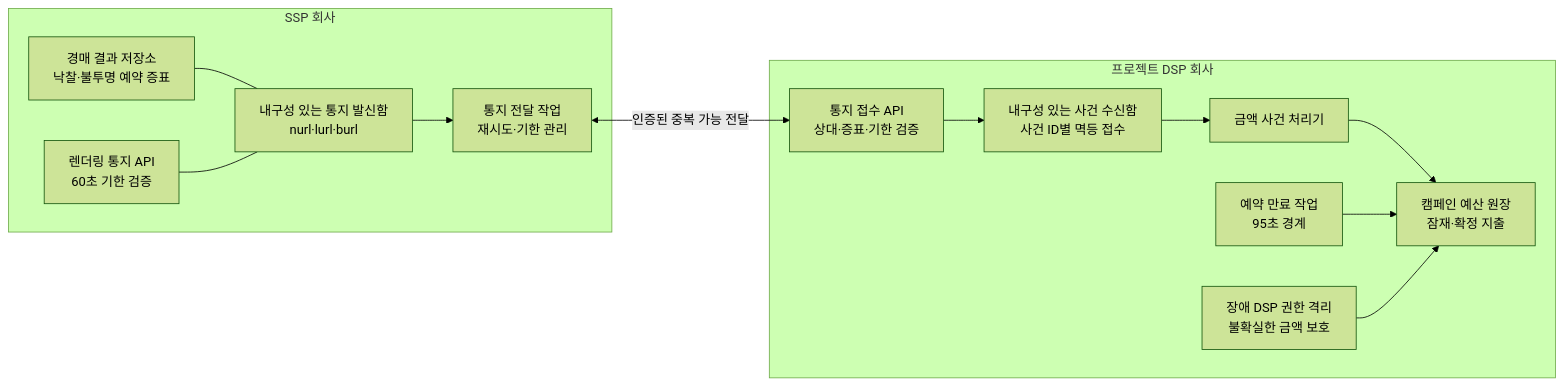
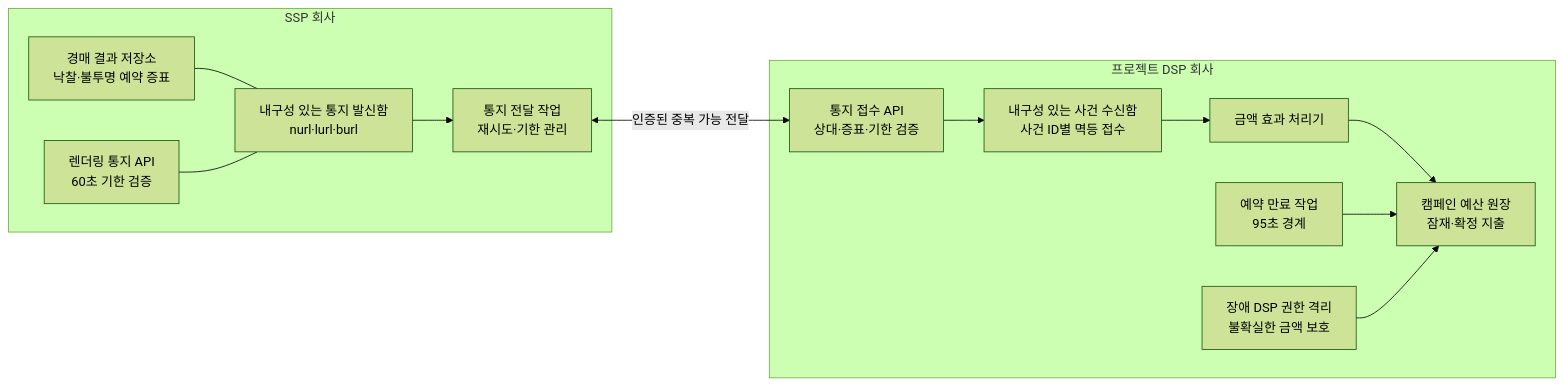
Before and after one commit to bbororo5/low-latency-openrtb-auction: the diagram in docs/architecture/decisions/ADR-005-durable-budget-events.md, drawn with Mermaid (forest theme). The commit also changed other lines of this file and 4 other files, not shown here.

````diff
--- a/docs/architecture/decisions/ADR-005-durable-budget-events.md
+++ b/docs/architecture/decisions/ADR-005-durable-budget-events.md
@@ -20,28 +22,28 @@
 ```mermaid
 flowchart LR
     subgraph SSP["SSP 회사"]
         AUCTION["경매 결과 저장소<br/>낙찰·불투명 예약 증표"]
         RENDER["렌더링 통지 API<br/>60초 기한 검증"]
         OUTBOX["내구성 있는 통지 발신함<br/>nurl·lurl·burl"]
         SENDER["통지 전달 작업<br/>재시도·기한 관리"]
         AUCTION --- OUTBOX
         RENDER --- OUTBOX
         OUTBOX --> SENDER
     end
 
     subgraph PDSP["프로젝트 DSP 회사"]
         API["통지 접수 API<br/>상대·증표·기한 검증"]
         INBOX["내구성 있는 사건 수신함<br/>사건 ID별 멱등 접수"]
-        APPLY["금액 사건 처리기"]
+        APPLY["금액 효과 처리기"]
         LEDGER["캠페인 예산 원장<br/>잠재·확정 지출"]
         EXPIRY["예약 만료 작업<br/>95초 경계"]
         QUARANTINE["장애 DSP 권한 격리<br/>불확실한 금액 보호"]
         API --> INBOX
         INBOX --> APPLY
         APPLY --> LEDGER
         EXPIRY --> LEDGER
         QUARANTINE --> LEDGER
     end
 
     SENDER <-->|"인증된 중복 가능 전달"| API
 ```
````
